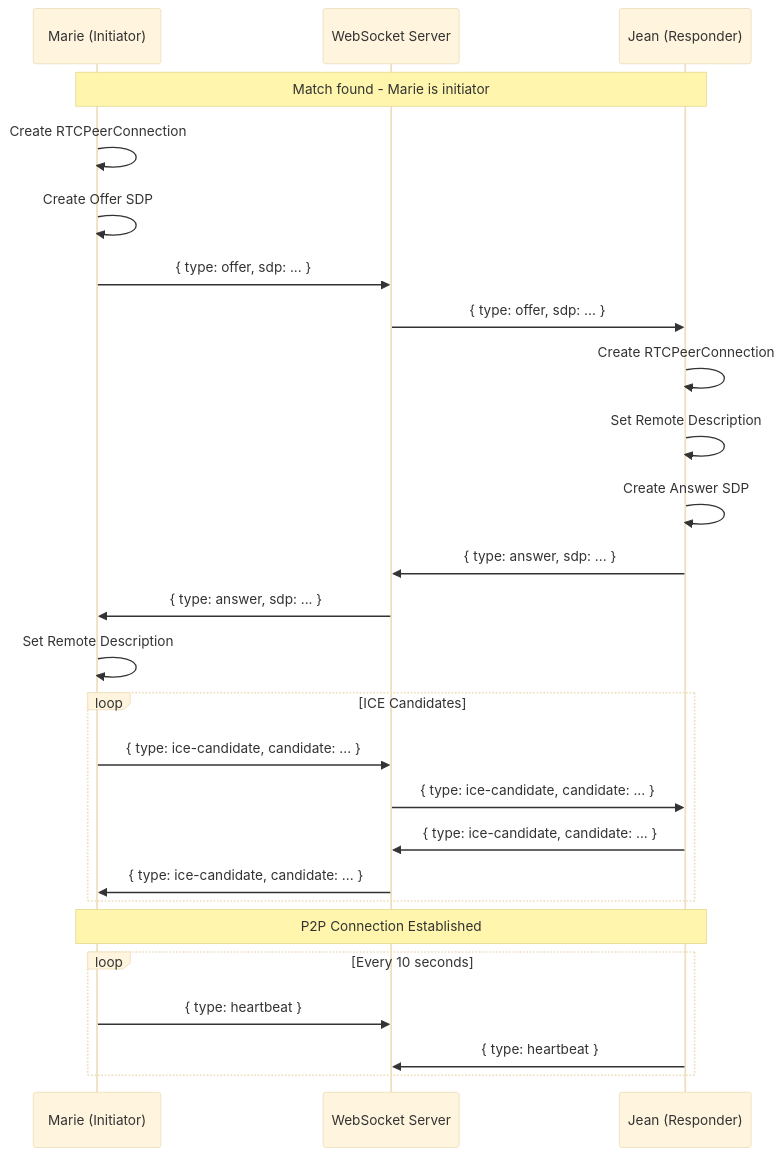
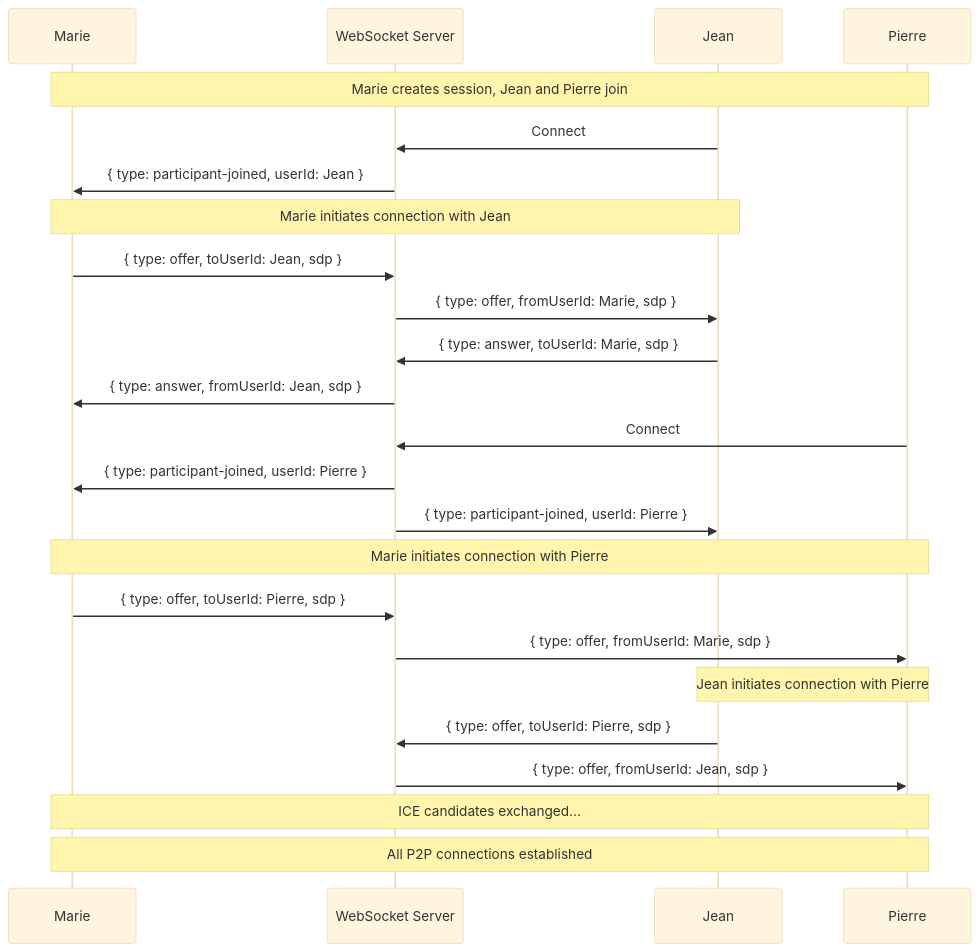
The fourth of 7 diagrams in 03-conversation-service/DIAGRAMS.md (we-speak-org/wespeak-specifications), drawn with Mermaid (base theme) before and after one commit. The commit also changed other lines of this file and 6 other files, not shown here.

````diff
--- a/03-conversation-service/DIAGRAMS.md
+++ b/03-conversation-service/DIAGRAMS.md
@@ -89,35 +145,33 @@
 ```mermaid
 sequenceDiagram
-    participant U1 as Marie (Initiator)
+    participant U1 as Marie
     participant WS as WebSocket Server
-    participant U2 as Jean (Responder)
+    participant U2 as Jean
+    participant U3 as Pierre
 
-    Note over U1,U2: Match found - Marie is initiator
+    Note over U1,U3: Marie creates session, Jean and Pierre join
 
-    U1->>U1: Create RTCPeerConnection
-    U1->>U1: Create Offer SDP
-    U1->>WS: { type: offer, sdp: ... }
-    WS->>U2: { type: offer, sdp: ... }
+    U2->>WS: Connect
+    WS->>U1: { type: participant-joined, userId: Jean }
     
-    U2->>U2: Create RTCPeerConnection
-    U2->>U2: Set Remote Description
-    U2->>U2: Create Answer SDP
-    U2->>WS: { type: answer, sdp: ... }
-    WS->>U1: { type: answer, sdp: ... }
+    Note over U1,U2: Marie initiates connection with Jean
+    U1->>WS: { type: offer, toUserId: Jean, sdp }
+    WS->>U2: { type: offer, fromUserId: Marie, sdp }
+    U2->>WS: { type: answer, toUserId: Marie, sdp }
+    WS->>U1: { type: answer, fromUserId: Jean, sdp }
     
-    U1->>U1: Set Remote Description
+    U3->>WS: Connect
+    WS->>U1: { type: participant-joined, userId: Pierre }
+    WS->>U2: { type: participant-joined, userId: Pierre }
     
-    loop ICE Candidates
-        U1->>WS: { type: ice-candidate, candidate: ... }
-        WS->>U2: { type: ice-candidate, candidate: ... }
-        U2->>WS: { type: ice-candidate, candidate: ... }
-        WS->>U1: { type: ice-candidate, candidate: ... }
-    end
+    Note over U1,U3: Marie initiates connection with Pierre
+    U1->>WS: { type: offer, toUserId: Pierre, sdp }
+    WS->>U3: { type: offer, fromUserId: Marie, sdp }
     
-    Note over U1,U2: P2P Connection Established
+    Note over U2,U3: Jean initiates connection with Pierre
+    U2->>WS: { type: offer, toUserId: Pierre, sdp }
+    WS->>U3: { type: offer, fromUserId: Jean, sdp }
     
-    loop Every 10 seconds
-        U1->>WS: { type: heartbeat }
-        U2->>WS: { type: heartbeat }
-    end
+    Note over U1,U3: ICE candidates exchanged...
+    Note over U1,U3: All P2P connections established
 ```
````
